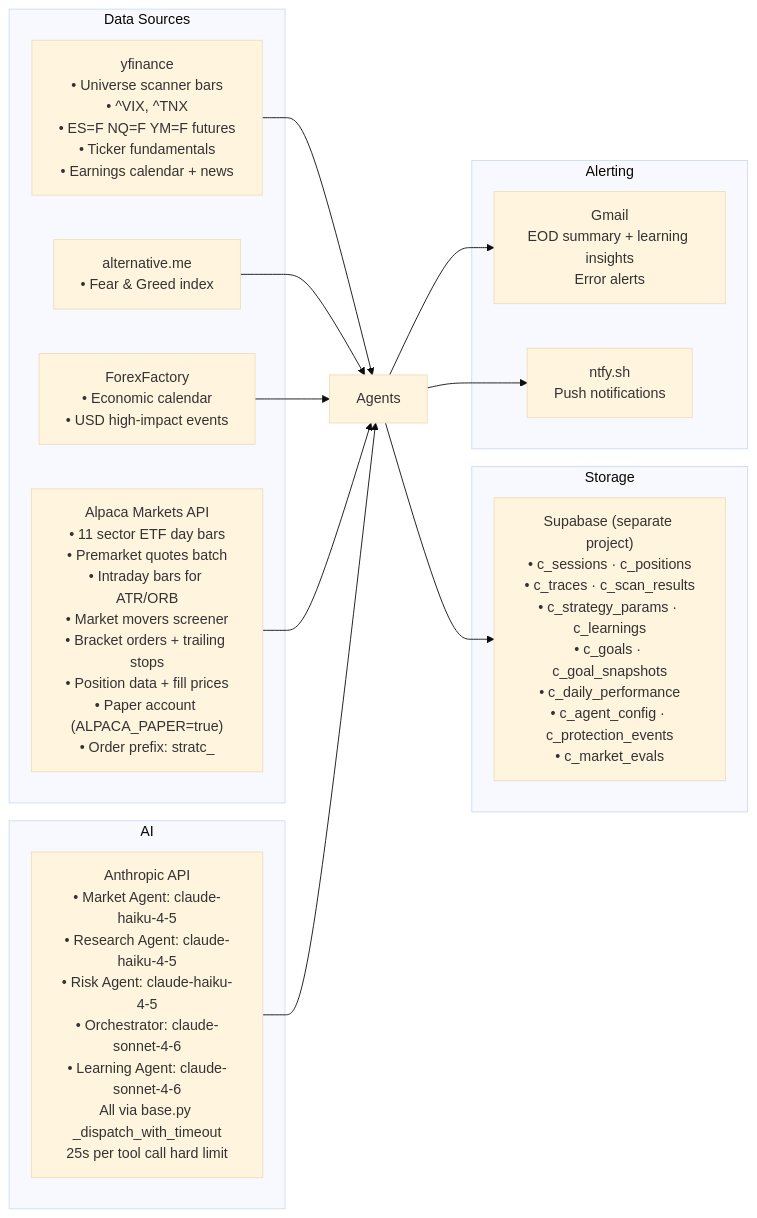
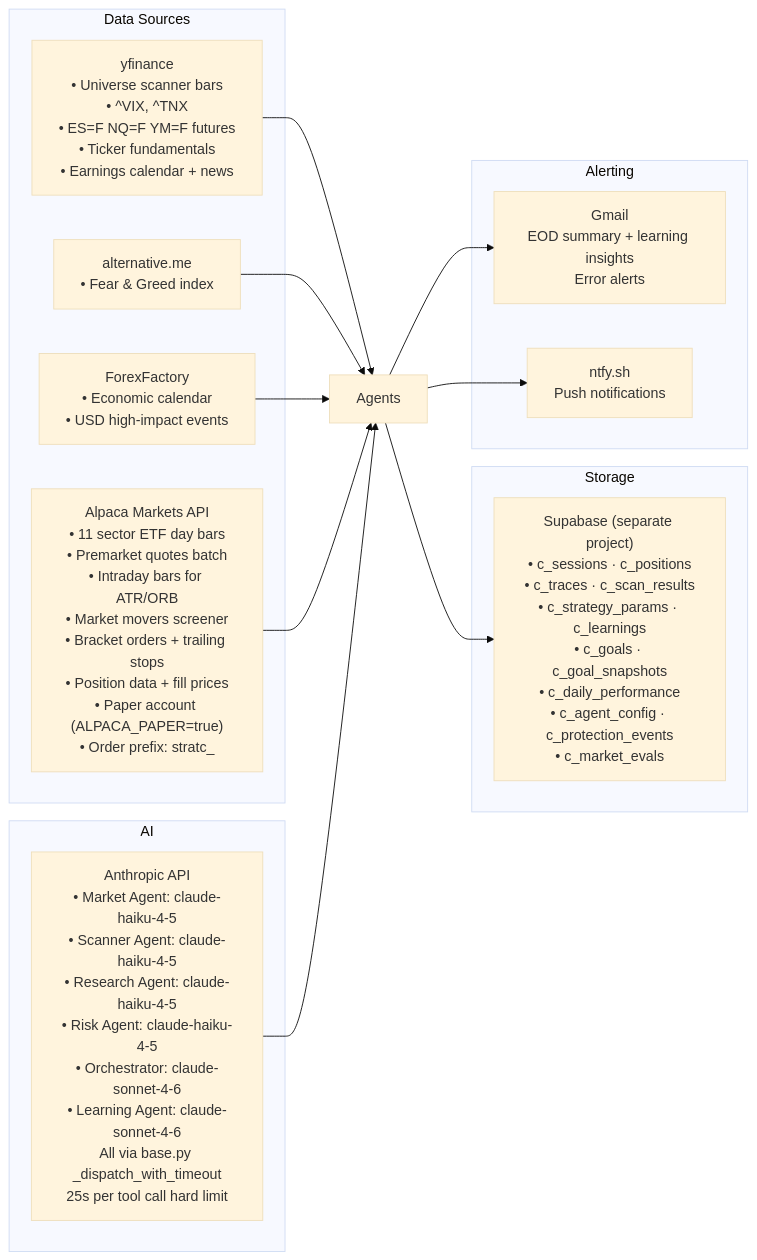
One commit to amitgarg73/trading-agent-c changed diagram 14 of 14 in ARCHITECTURE.md. Above: the diagram before and after it, drawn with Mermaid (base theme). The commit also changed other lines of this file and 2 other files, not shown here.

First line of the commit message:
Add Scanner Agent as 7th agent: regime-aware ticker selection with 5 tools

````diff
--- a/ARCHITECTURE.md
+++ b/ARCHITECTURE.md
@@ -511,27 +532,27 @@
 ```mermaid
 flowchart LR
     subgraph "Data Sources"
         YF["yfinance\n• Universe scanner bars\n• ^VIX, ^TNX\n• ES=F NQ=F YM=F futures\n• Ticker fundamentals\n• Earnings calendar + news"]
         ALT["alternative.me\n• Fear & Greed index"]
         FF["ForexFactory\n• Economic calendar\n• USD high-impact events"]
         ALP["Alpaca Markets API\n• 11 sector ETF day bars\n• Premarket quotes batch\n• Intraday bars for ATR/ORB\n• Market movers screener\n• Bracket orders + trailing stops\n• Position data + fill prices\n• Paper account (ALPACA_PAPER=true)\n• Order prefix: stratc_"]
     end
 
     subgraph "AI"
-        ANT["Anthropic API\n• Market Agent: claude-haiku-4-5\n• Research Agent: claude-haiku-4-5\n• Risk Agent: claude-haiku-4-5\n• Orchestrator: claude-sonnet-4-6\n• Learning Agent: claude-sonnet-4-6\nAll via base.py _dispatch_with_timeout\n25s per tool call hard limit"]
+        ANT["Anthropic API\n• Market Agent: claude-haiku-4-5\n• Scanner Agent: claude-haiku-4-5\n• Research Agent: claude-haiku-4-5\n• Risk Agent: claude-haiku-4-5\n• Orchestrator: claude-sonnet-4-6\n• Learning Agent: claude-sonnet-4-6\nAll via base.py _dispatch_with_timeout\n25s per tool call hard limit"]
     end
 
     subgraph "Storage"
         SB["Supabase (separate project)\n• c_sessions · c_positions\n• c_traces · c_scan_results\n• c_strategy_params · c_learnings\n• c_goals · c_goal_snapshots\n• c_daily_performance\n• c_agent_config · c_protection_events\n• c_market_evals"]
     end
 
     subgraph "Alerting"
         GM["Gmail\nEOD summary + learning insights\nError alerts"]
         NTFY["ntfy.sh\nPush notifications"]
     end
 
     YF & ALT & FF & ALP --> AGENTS["Agents"]
     ANT --> AGENTS
     AGENTS --> SB
     AGENTS --> GM & NTFY
 ```
````
